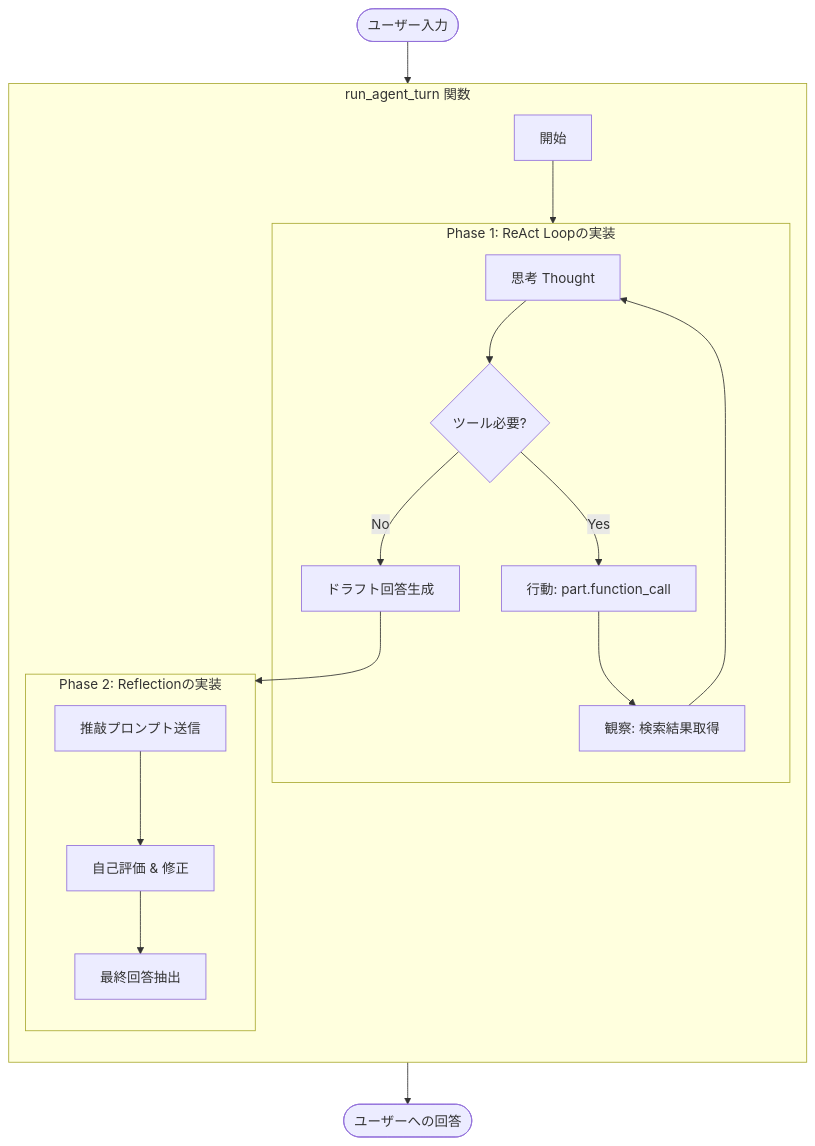
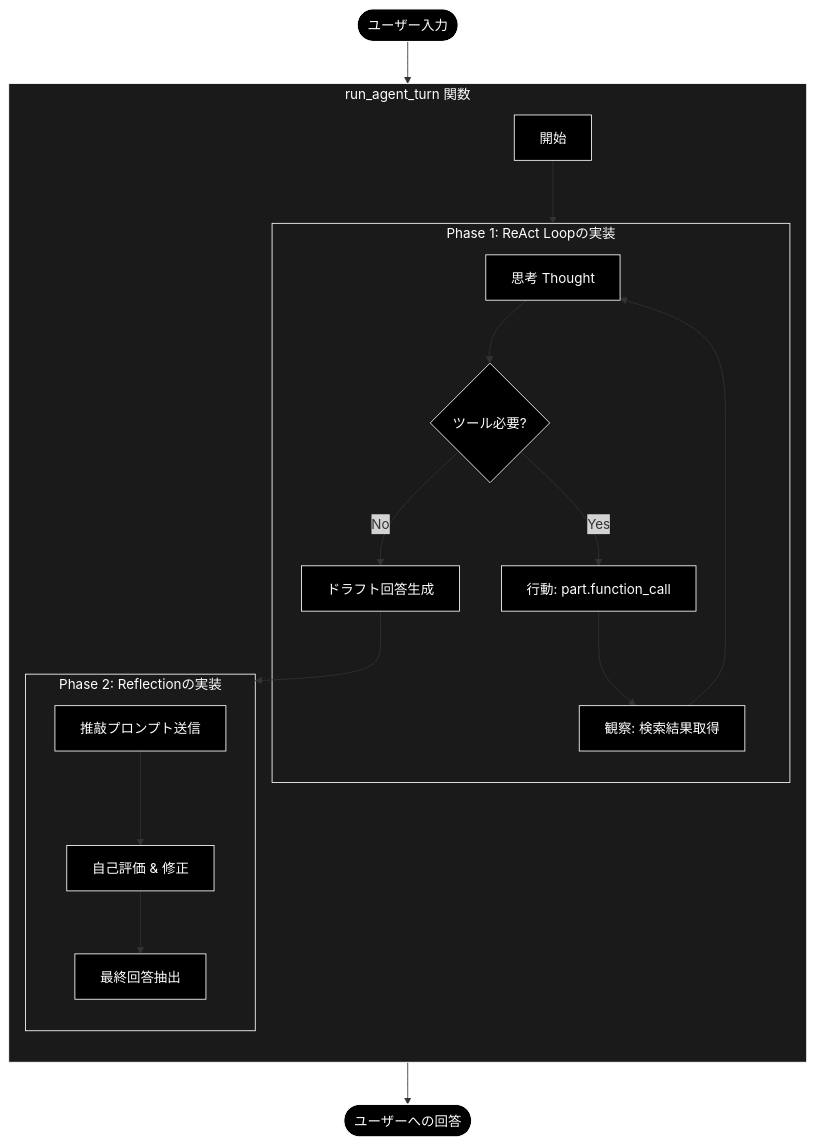
One commit to nakashima2toshio/anthropic_grace_agent changed the seventh of 10 diagrams in readme_react_reflection.md. Above: the diagram before and after it, drawn with Mermaid. The commit also changed other lines of this file and 11 other files, not shown here.

````diff
--- a/readme_react_reflection.md
+++ b/readme_react_reflection.md
@@ -645,24 +673,30 @@
 ```mermaid
 flowchart TD
     User([ユーザー入力]) --> Start
     subgraph Agent_Process [run_agent_turn 関数]
         direction TB
         Start[開始] --> ReAct_Phase
 
         subgraph ReAct_Phase [Phase 1: ReAct Loopの実装]
             Think[思考 Thought] --> Decide{ツール必要?}
             Decide -- Yes --> Action[行動: part.function_call]
             Action --> Observe[観察: 検索結果取得]
             Observe --> Think
             Decide -- No --> Draft[ドラフト回答生成]
         end
 
         Draft --> Reflection_Phase
 
         subgraph Reflection_Phase [Phase 2: Reflectionの実装]
             Review[推敲プロンプト送信] --> Critique[自己評価 & 修正]
             Critique --> Finalize[最終回答抽出]
         end
     end
     Finalize --> Output([ユーザーへの回答])
+classDef default fill:#000,stroke:#fff,color:#fff
+classDef subgraphStyle fill:#1a1a1a,stroke:#fff,color:#fff
+class Action,Critique,Decide,Draft,Finalize,Observe,Output,Review,Start,Think,User default
+style Agent_Process fill:#1a1a1a,stroke:#fff,color:#fff
+style ReAct_Phase fill:#1a1a1a,stroke:#fff,color:#fff
+style Reflection_Phase fill:#1a1a1a,stroke:#fff,color:#fff
 ```
````
